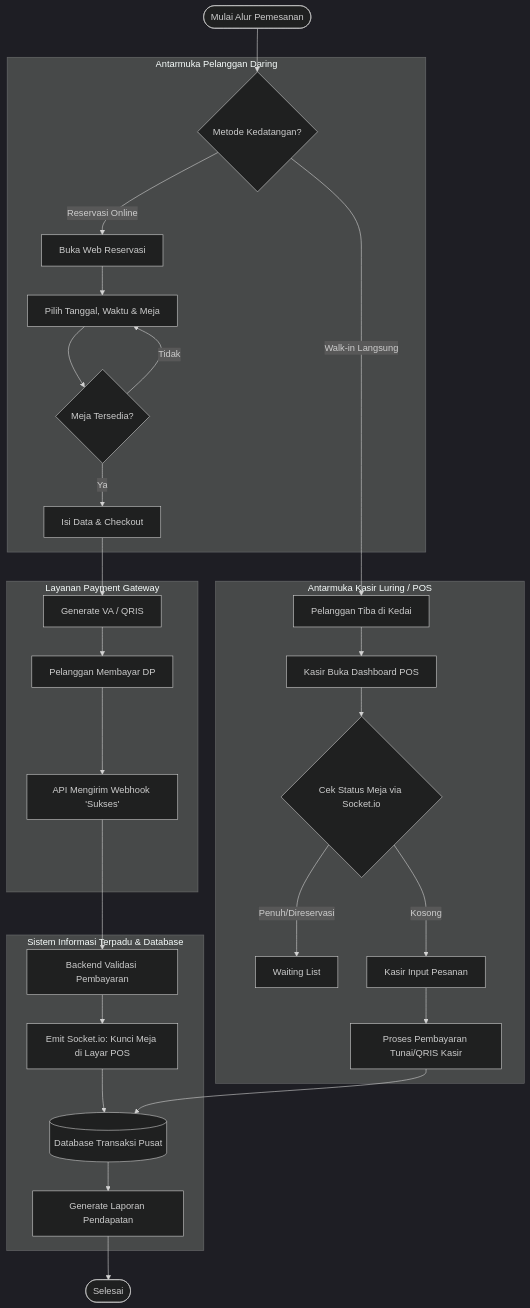
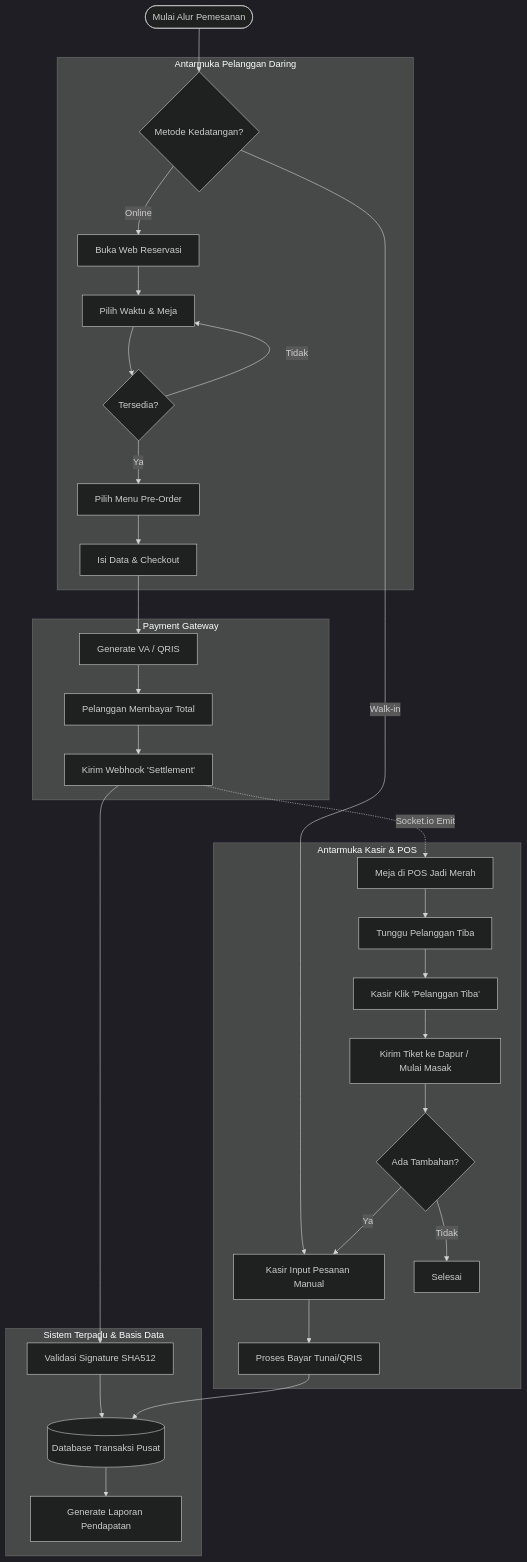
One commit to IlyasNur19/Ruang-Kopi changed the first of 2 diagrams in prd pos and paymend.md. Above: the diagram before and after it, drawn with Mermaid (dark theme). The commit also changed other lines of this file and 24 other files, not shown here.

Commit message:
impementasi pos dashboard dan perbaikan UI Home

````diff
--- a/prd pos and paymend.md
+++ b/prd pos and paymend.md
@@ -41,37 +48,43 @@
 ```mermaid
 flowchart TD
     Start([Mulai Alur Pemesanan]) --> PilihJalur{Metode Kedatangan?}
 
+    %% Zona Daring (Web)
     subgraph Pelanggan [Antarmuka Pelanggan Daring]
-        PilihJalur -->|Reservasi Online| BukaWeb[Buka Web Reservasi]
-        BukaWeb --> PilihJadwal[Pilih Tanggal, Waktu & Meja]
-        PilihJadwal --> CekKetersediaan{Meja Tersedia?}
+        PilihJalur -->|Online| BukaWeb[Buka Web Reservasi]
+        BukaWeb --> PilihJadwal[Pilih Waktu & Meja]
+        PilihJadwal --> CekKetersediaan{Tersedia?}
         CekKetersediaan -->|Tidak| PilihJadwal
-        CekKetersediaan -->|Ya| Checkout[Isi Data & Checkout]
+        CekKetersediaan -->|Ya| PilihMenu[Pilih Menu Pre-Order]
+        PilihMenu --> Checkout[Isi Data & Checkout]
     end
 
-    subgraph Payment [Layanan Payment Gateway]
+    %% Zona Payment Gateway
+    subgraph Payment [Payment Gateway]
         Checkout --> TampilBayar[Generate VA / QRIS]
-        TampilBayar --> ProsesBayar[Pelanggan Membayar DP]
-        ProsesBayar --> KirimWebhook[API Mengirim Webhook 'Sukses']
+        TampilBayar --> ProsesBayar[Pelanggan Membayar Total]
+        ProsesBayar --> KirimWebhook[Kirim Webhook 'Settlement']
     end
 
-    subgraph Kasir [Antarmuka Kasir Luring / POS]
-        PilihJalur -->|Walk-in Langsung| PelangganDatang[Pelanggan Tiba di Kedai]
-        PelangganDatang --> BukaPOS[Kasir Buka Dashboard POS]
-        BukaPOS --> CekMejaPOS{Cek Status Meja via Socket.io}
-        CekMejaPOS -->|Penuh/Direservasi| Tunggu[Waiting List]
-        CekMejaPOS -->|Kosong| InputPesanan[Kasir Input Pesanan]
-        InputPesanan --> BayarKasir[Proses Pembayaran Tunai/QRIS Kasir]
+    %% Zona POS Kasir
+    subgraph Kasir [Antarmuka Kasir & POS]
+        PilihJalur -->|Walk-in| KasirPOS[Kasir Input Pesanan Manual]
+        
+        KirimWebhook -.->|Socket.io Emit| NotifPOS[Meja di POS Jadi Merah]
+        NotifPOS --> TungguTiba[Tunggu Pelanggan Tiba]
+        TungguTiba --> KlikTiba[Kasir Klik 'Pelanggan Tiba']
+        KlikTiba --> Dapur[Kirim Tiket ke Dapur / Mulai Masak]
+        Dapur --> TambahPesanan{Ada Tambahan?}
+        TambahPesanan -->|Ya| KasirPOS
+        TambahPesanan -->|Tidak| SelesaiK[Selesai]
+        KasirPOS --> BayarKasir[Proses Bayar Tunai/QRIS]
     end
 
-    subgraph Sistem [Sistem Informasi Terpadu & Database]
-        KirimWebhook --> Validasi[Backend Validasi Pembayaran]
-        Validasi --> KunciMeja[Emit Socket.io: Kunci Meja di Layar POS]
-        KunciMeja --> SimpanDB[(Database Transaksi Pusat)]
+    %% Zona Backend & Database
+    subgraph Sistem [Sistem Terpadu & Basis Data]
+        KirimWebhook --> Validasi[Validasi Signature SHA512]
+        Validasi --> SimpanDB[(Database Transaksi Pusat)]
         BayarKasir --> SimpanDB
         SimpanDB --> RekapLaporan[Generate Laporan Pendapatan]
     end
-
-    RekapLaporan --> Selesai([Selesai])
 ```
````
